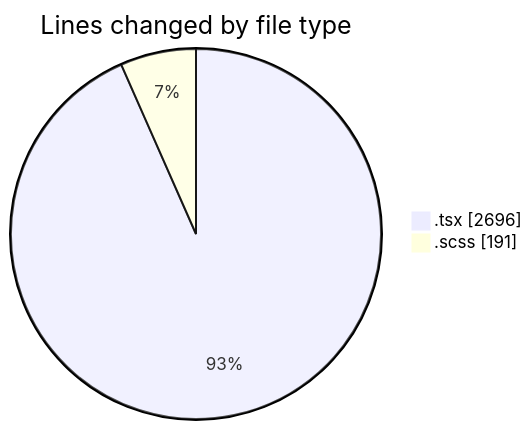
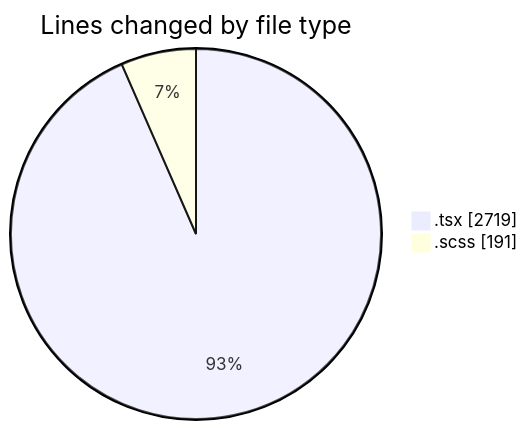
The first of 2 diagrams in 2025-04-04/cda/README.md (momahboobian/code-tracking), drawn with Mermaid before and after one commit. The commit also changed other lines of this file and 1 other file, not shown here.

````diff
--- a/2025-04-04/cda/README.md
+++ b/2025-04-04/cda/README.md
@@ -30,6 +30,6 @@
 ```mermaid
 pie showData
 title Lines changed by file type
-".tsx" : 2696
+".tsx" : 2719
 ".scss" : 191
 ```
````
